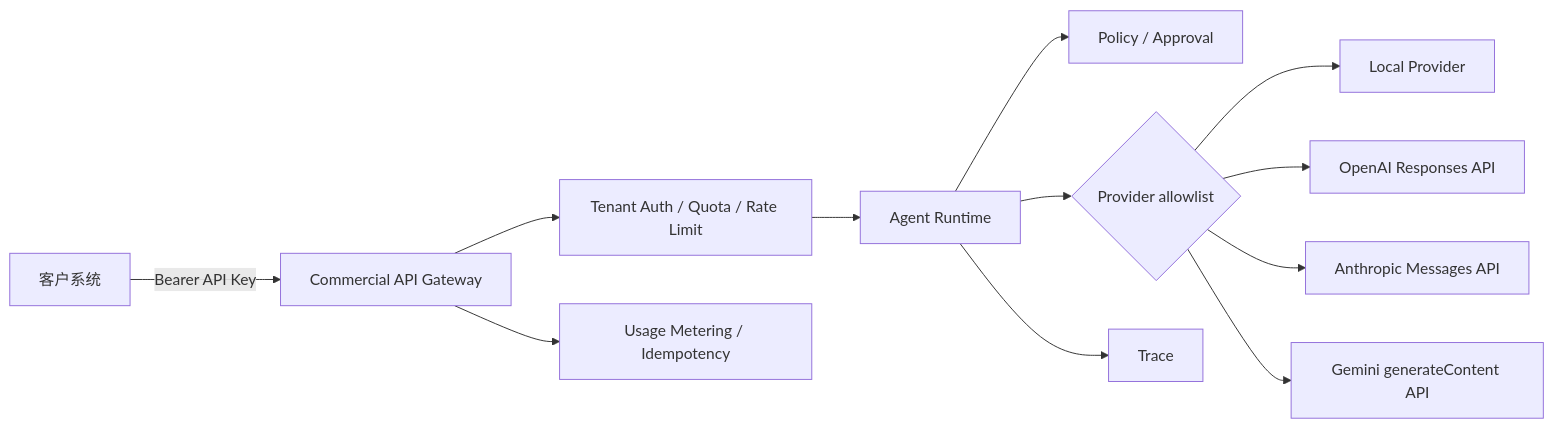
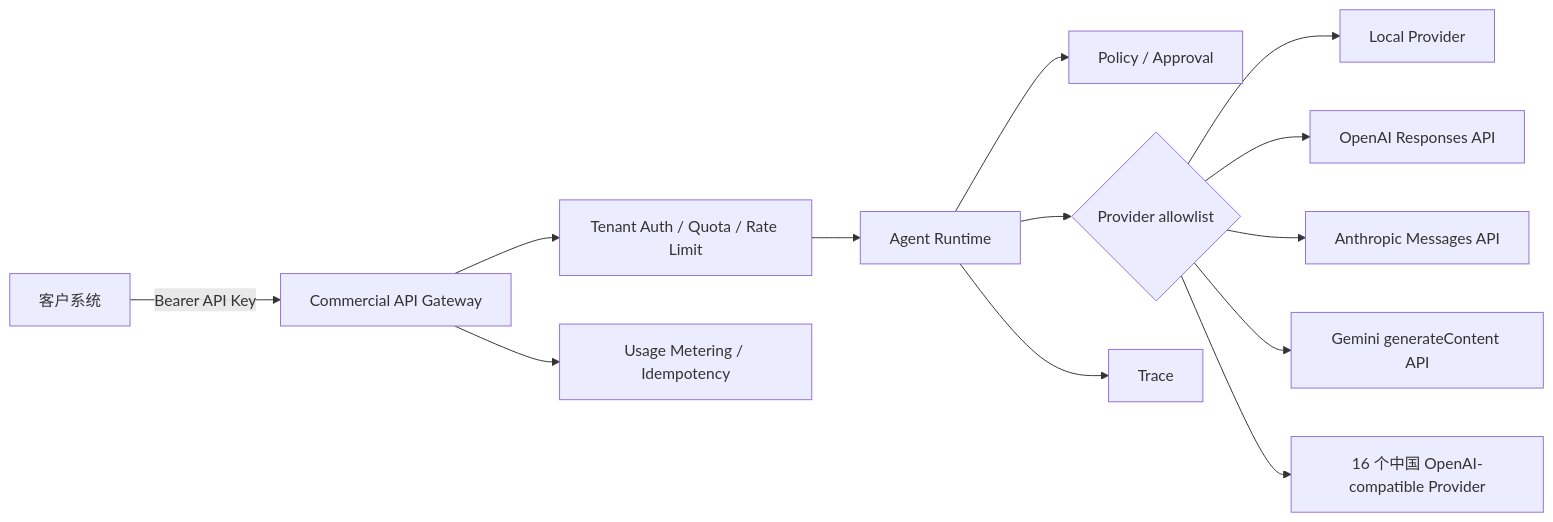
One commit to 270438469/vertical-agent-factory changed the diagram in docs/COMMERCIAL_API.md. Above: the diagram before and after it, drawn with Mermaid. The commit also changed other lines of this file and 10 other files, not shown here.

````diff
--- a/docs/COMMERCIAL_API.md
+++ b/docs/COMMERCIAL_API.md
@@ -5,14 +5,15 @@
 ```mermaid
 flowchart LR
     C["客户系统"] -->|"Bearer API Key"| G["Commercial API Gateway"]
     G --> A["Tenant Auth / Quota / Rate Limit"]
     A --> R["Agent Runtime"]
     R --> P["Policy / Approval"]
     R --> M{"Provider allowlist"}
     M --> L["Local Provider"]
     M --> O["OpenAI Responses API"]
     M --> N["Anthropic Messages API"]
     M --> GE["Gemini generateContent API"]
+    M --> CN["16 个中国 OpenAI-compatible Provider"]
     R --> T["Trace"]
     G --> U["Usage Metering / Idempotency"]
 ```
````
